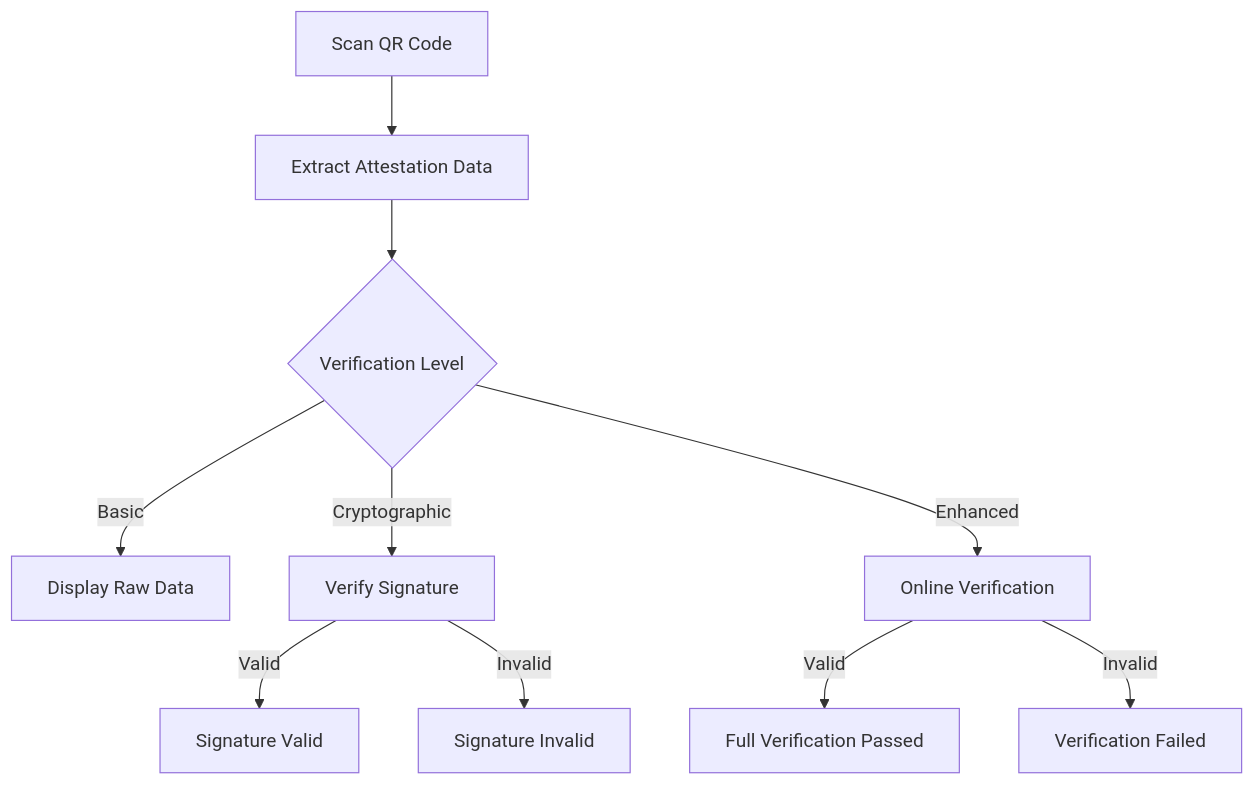
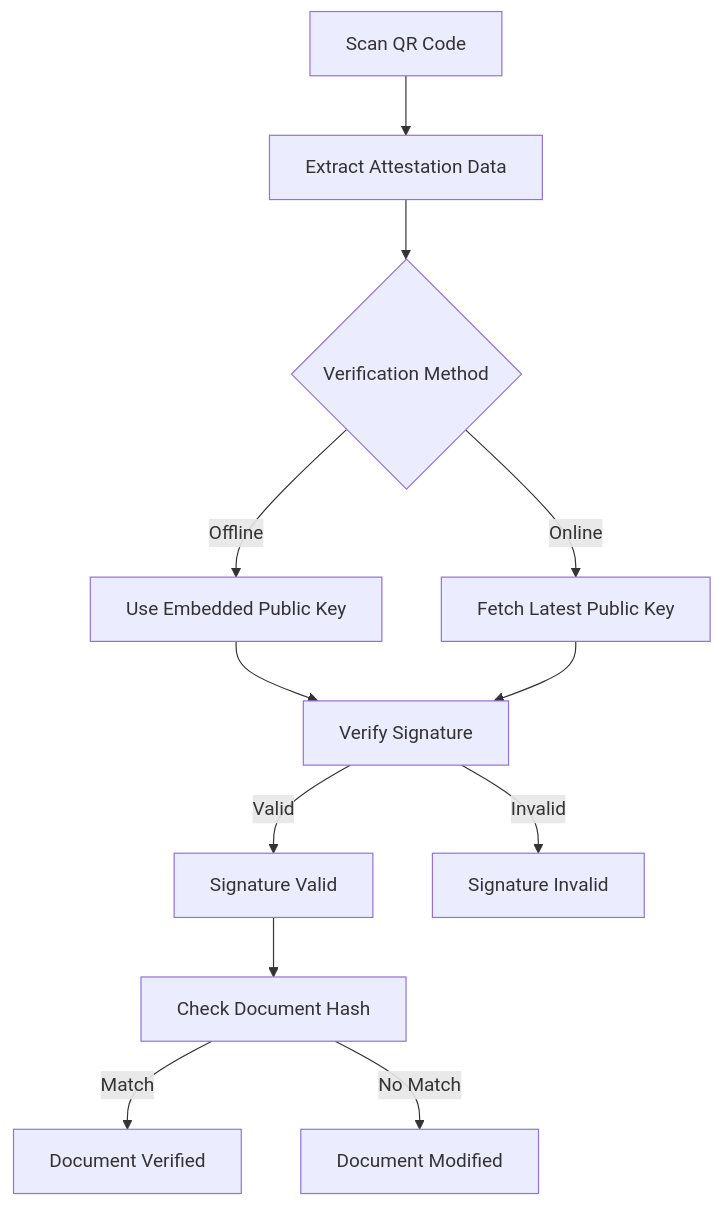
Before and after one commit to seal-codes/webapp: the third of 7 diagrams in ARCHITECTURE.md, drawn with Mermaid. The commit also changed other lines of this file, not shown here.

Commit message:
Clarify minimal server-side data storage and remove verification records

````diff
--- a/ARCHITECTURE.md
+++ b/ARCHITECTURE.md
@@ -135,14 +136,17 @@
 ```mermaid
 flowchart TD
     A[Scan QR Code] --> B[Extract Attestation Data]
-    B --> C{Verification Level}
-    C -->|Basic| D[Display Raw Data]
-    C -->|Cryptographic| E[Verify Signature]
-    C -->|Enhanced| F[Online Verification]
+    B --> C{Verification Method}
+    C -->|Offline| D[Use Embedded Public Key]
+    C -->|Online| E[Fetch Latest Public Key]
     
-    E -->|Valid| G[Signature Valid]
-    E -->|Invalid| H[Signature Invalid]
+    D --> F[Verify Signature]
+    E --> F
     
-    F -->|Valid| I[Full Verification Passed]
-    F -->|Invalid| J[Verification Failed]
+    F -->|Valid| G[Signature Valid]
+    F -->|Invalid| H[Signature Invalid]
+    
+    G --> I[Check Document Hash]
+    I -->|Match| J[Document Verified]
+    I -->|No Match| K[Document Modified]
 ```
````
